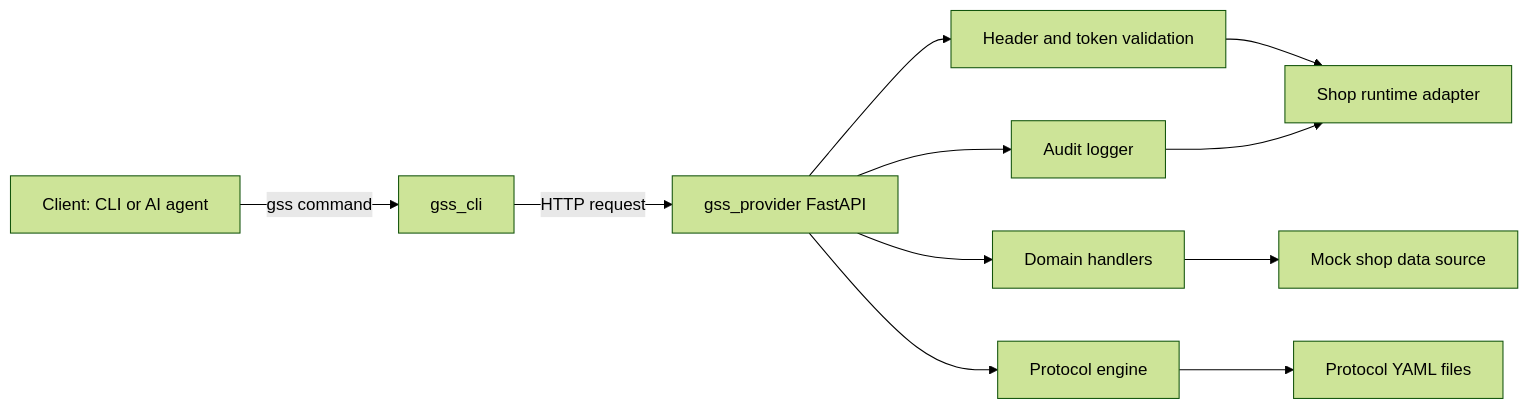
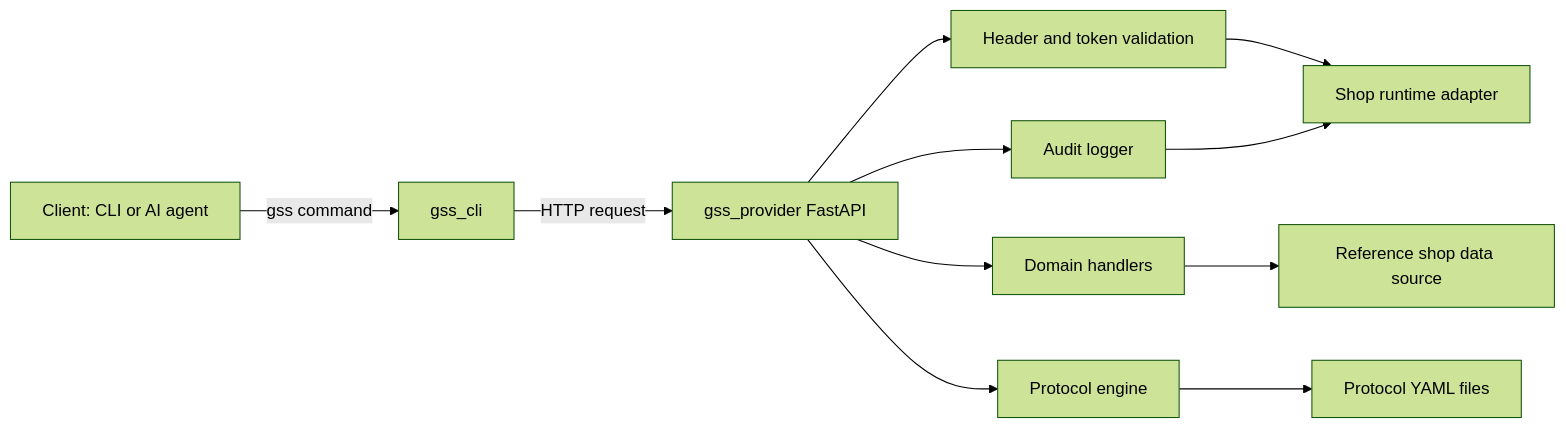
Before and after one commit to Global-Support-Standard/global-support-standard: the first of 2 diagrams in docs/architecture.md, drawn with Mermaid (forest theme). The commit also changed other lines of this file and 5 other files, not shown here.

First line of the commit message:
Replace MVP/mock wording with production-safe reference terminology. (#4)

````diff
--- a/docs/architecture.md
+++ b/docs/architecture.md
@@ -9,13 +9,13 @@
 ```mermaid
 flowchart LR
   client[Client: CLI or AI agent] -->|gss command| cli[gss_cli]
   cli -->|HTTP request| api[gss_provider FastAPI]
   api --> auth[Header and token validation]
   api --> domains[Domain handlers]
   api --> engine[Protocol engine]
   api --> audit[Audit logger]
-  domains --> mockData[Mock shop data source]
+  domains --> mockData[Reference shop data source]
   auth --> adapter[Shop runtime adapter]
   audit --> adapter
   engine --> yamlFiles[Protocol YAML files]
 ```
````
